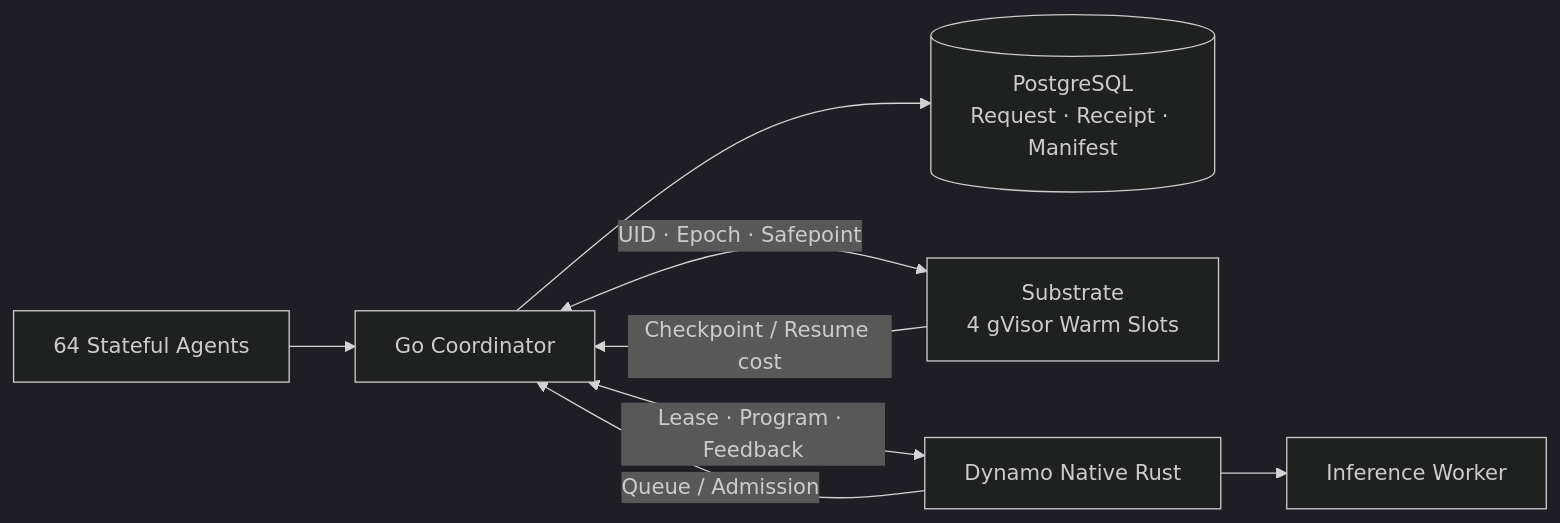
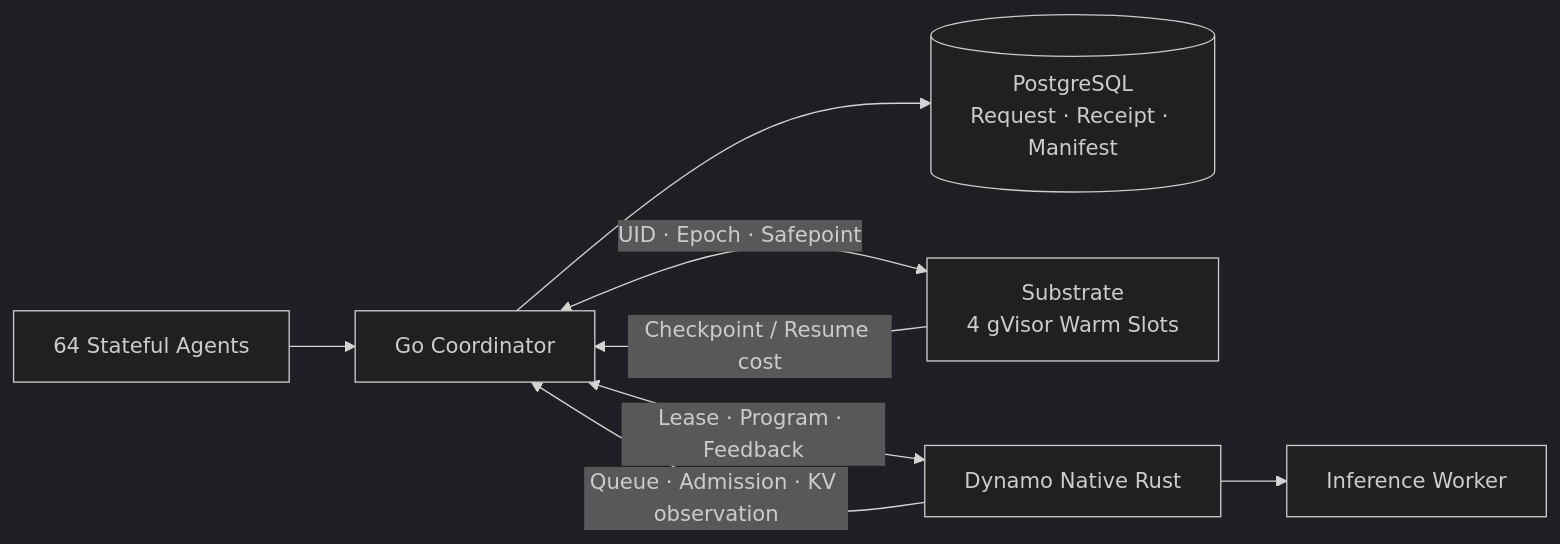
One commit to lilong555/agentcloud changed the diagram in README.md. Above: the diagram before and after it, drawn with Mermaid (dark theme). The commit also changed other lines of this file and 4 other files, not shown here.

````diff
--- a/README.md
+++ b/README.md
@@ -7,10 +11,10 @@
 ```mermaid
 flowchart LR
     A[64 Stateful Agents] --> G[Go Coordinator]
     G --> P[(PostgreSQL<br/>Request · Receipt · Manifest)]
     G <-->|UID · Epoch · Safepoint| S[Substrate<br/>4 gVisor Warm Slots]
     G <-->|Lease · Program · Feedback| D[Dynamo Native Rust]
     S -->|Checkpoint / Resume cost| G
-    D -->|Queue / Admission| G
+    D -->|Queue · Admission · KV observation| G
     D --> I[Inference Worker]
 ```
````
